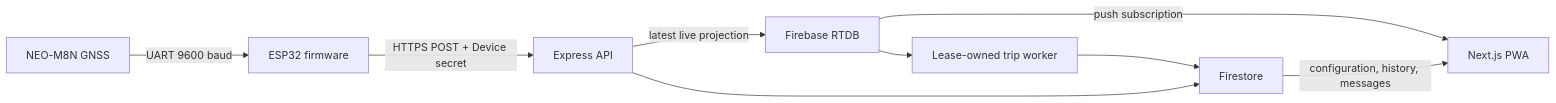
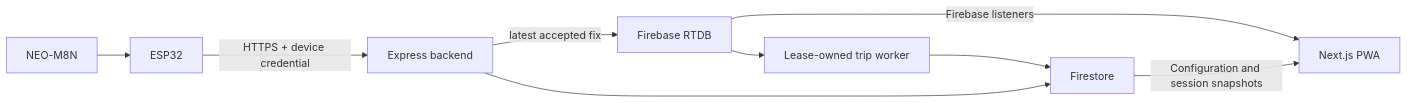
One commit to AryanPatelOnGIT/Eki changed the diagram in README.md. Above: the diagram before and after it, drawn with Mermaid. The commit also changed other lines of this file and 95 other files, not shown here.

````diff
--- a/README.md
+++ b/README.md
@@ -244,11 +50,11 @@
 ```mermaid
 flowchart LR
-  GNSS["NEO-M8N GNSS"] -->|"UART 9600 baud"| ESP["ESP32 firmware"]
-  ESP -->|"HTTPS POST + Device secret"| API["Express API"]
-  API -->|"latest live projection"| RTDB["Firebase RTDB"]
-  RTDB -->|"push subscription"| WEB["Next.js PWA"]
-  RTDB --> WORKER["Lease-owned trip worker"]
-  API --> FS["Firestore"]
+  GNSS[NEO-M8N] --> ESP[ESP32]
+  ESP -->|HTTPS + device credential| API[Express backend]
+  API -->|latest accepted fix| RTDB[Firebase RTDB]
+  RTDB -->|Firebase listeners| WEB[Next.js PWA]
+  RTDB --> WORKER[Lease-owned trip worker]
+  API --> FS[Firestore]
   WORKER --> FS
-  FS -->|"configuration, history, messages"| WEB
+  FS -->|Configuration and session snapshots| WEB
 ```
````
